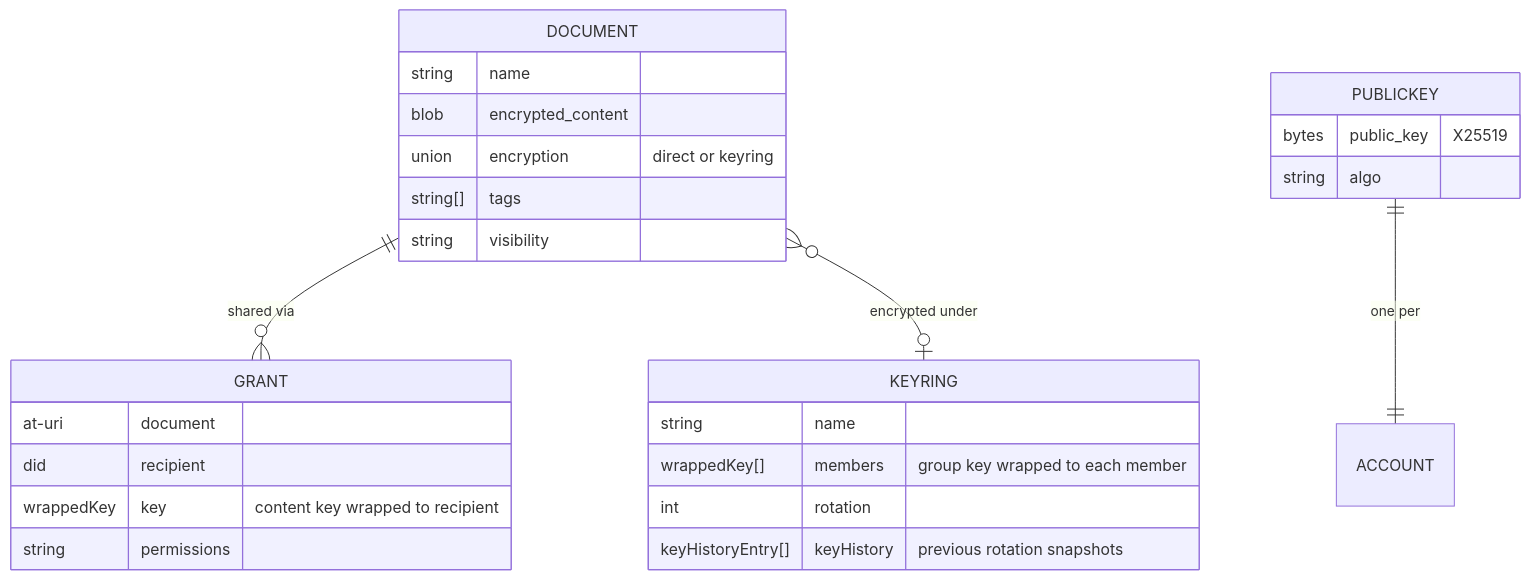
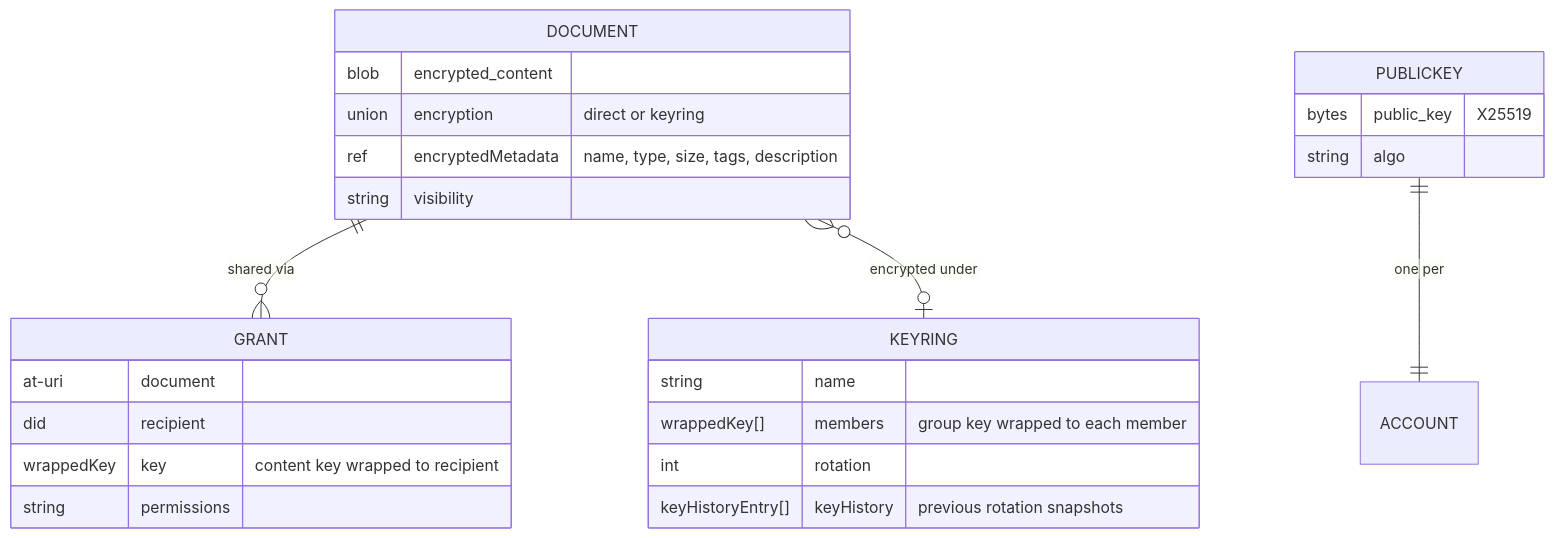
The second of 2 diagrams in docs/ARCHITECTURE.md (Sans-Self/Opake), drawn with Mermaid before and after one commit. The commit also changed other lines of this file and 26 other files, not shown here.

````diff
--- a/docs/ARCHITECTURE.md
+++ b/docs/ARCHITECTURE.md
@@ -261,33 +261,32 @@
 ```mermaid
 erDiagram
     DOCUMENT ||--o{ GRANT : "shared via"
     DOCUMENT }o--o| KEYRING : "encrypted under"
     PUBLICKEY ||--|| ACCOUNT : "one per"
 
     DOCUMENT {
-        string name
         blob encrypted_content
         union encryption "direct or keyring"
-        string[] tags
+        ref encryptedMetadata "name, type, size, tags, description"
         string visibility
     }
 
     GRANT {
         at-uri document
         did recipient
         wrappedKey key "content key wrapped to recipient"
         string permissions
     }
 
     KEYRING {
         string name
         wrappedKey[] members "group key wrapped to each member"
         int rotation
         keyHistoryEntry[] keyHistory "previous rotation snapshots"
     }
 
     PUBLICKEY {
         bytes public_key "X25519"
         string algo
     }
 ```
````
